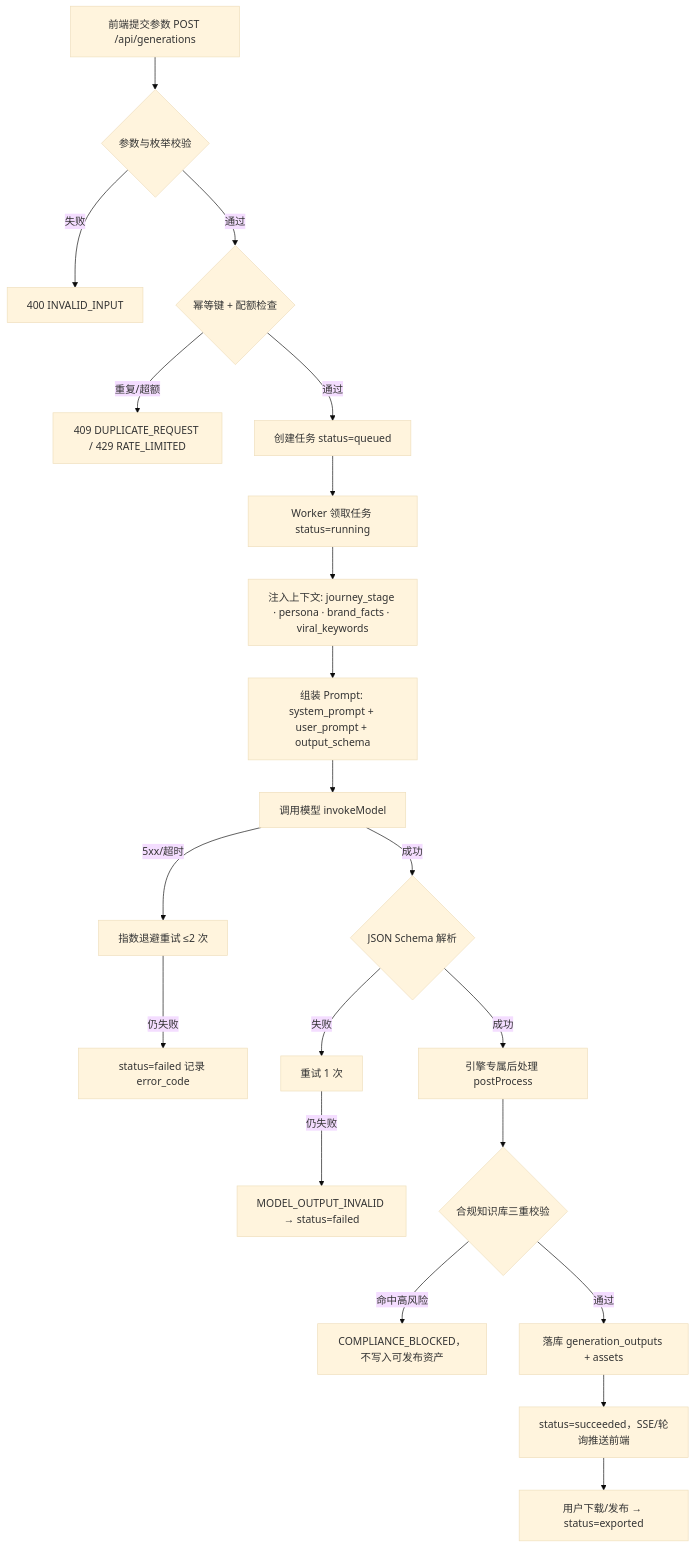
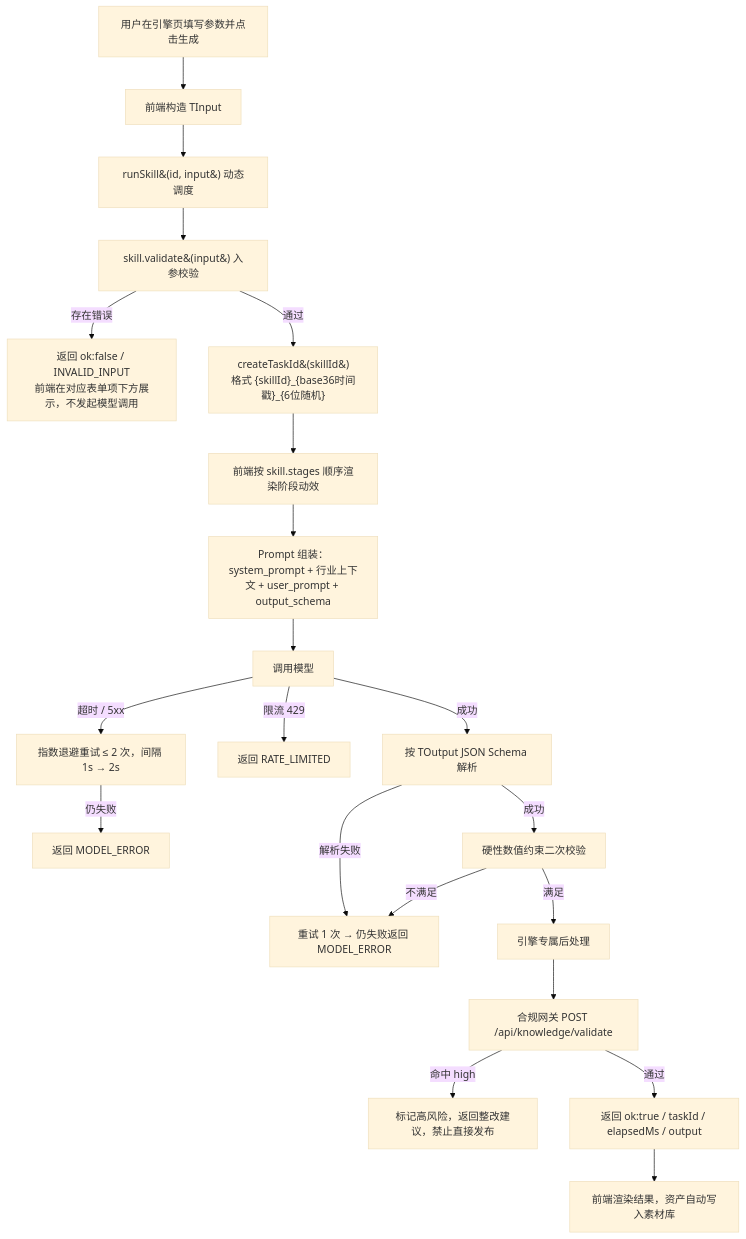
One commit to yangyang0723-ai/autoaigc changed the first of 6 diagrams in docs/PRD.md. Above: the diagram before and after it, drawn with Mermaid (base theme). The commit also changed other lines of this file and 1 other file, not shown here.

````diff
--- a/docs/PRD.md
+++ b/docs/PRD.md
@@ -598,23 +168,23 @@
 ```mermaid
 flowchart TD
-  A[前端提交参数 POST /api/generations] --> B{参数与枚举校验}
-  B -- 失败 --> B1[400 INVALID_INPUT]
-  B -- 通过 --> C{幂等键 + 配额检查}
-  C -- 重复/超额 --> C1[409 DUPLICATE_REQUEST / 429 RATE_LIMITED]
-  C -- 通过 --> D[创建任务 status=queued]
-  D --> E[Worker 领取任务 status=running]
-  E --> F[注入上下文: journey_stage · persona · brand_facts · viral_keywords]
-  F --> G[组装 Prompt: system_prompt + user_prompt + output_schema]
-  G --> H[调用模型 invokeModel]
-  H -- 5xx/超时 --> H1[指数退避重试 ≤2 次]
-  H1 -- 仍失败 --> H2[status=failed 记录 error_code]
-  H -- 成功 --> I{JSON Schema 解析}
-  I -- 失败 --> I1[重试 1 次]
-  I1 -- 仍失败 --> I2[MODEL_OUTPUT_INVALID → status=failed]
-  I -- 成功 --> J[引擎专属后处理 postProcess]
-  J --> K{合规知识库三重校验}
-  K -- 命中高风险 --> K1[COMPLIANCE_BLOCKED，不写入可发布资产]
-  K -- 通过 --> L[落库 generation_outputs + assets]
-  L --> M[status=succeeded，SSE/轮询推送前端]
-  M --> N[用户下载/发布 → status=exported]
+  A[用户在引擎页填写参数并点击生成] --> B[前端构造 TInput]
+  B --> C["runSkill&#40;id, input&#41; 动态调度"]
+  C --> D["skill.validate&#40;input&#41; 入参校验"]
+  D -- 存在错误 --> D1["返回 ok:false / INVALID_INPUT<br/>前端在对应表单项下方展示，不发起模型调用"]
+  D -- 通过 --> E["createTaskId&#40;skillId&#41;<br/>格式 {skillId}_{base36时间戳}_{6位随机}"]
+  E --> F[前端按 skill.stages 顺序渲染阶段动效]
+  F --> G["Prompt 组装：system_prompt + 行业上下文 + user_prompt + output_schema"]
+  G --> H[调用模型]
+  H -- 超时 / 5xx --> H1[指数退避重试 ≤ 2 次，间隔 1s → 2s]
+  H1 -- 仍失败 --> H2[返回 MODEL_ERROR]
+  H -- 限流 429 --> H3[返回 RATE_LIMITED]
+  H -- 成功 --> I[按 TOutput JSON Schema 解析]
+  I -- 解析失败 --> I1[重试 1 次 → 仍失败返回 MODEL_ERROR]
+  I -- 成功 --> J[硬性数值约束二次校验]
+  J -- 不满足 --> I1
+  J -- 满足 --> K[引擎专属后处理]
+  K --> L["合规网关 POST /api/knowledge/validate"]
+  L -- 命中 high --> L1[标记高风险，返回整改建议，禁止直接发布]
+  L -- 通过 --> M[返回 ok:true / taskId / elapsedMs / output]
+  M --> N[前端渲染结果，资产自动写入素材库]
 ```
````
